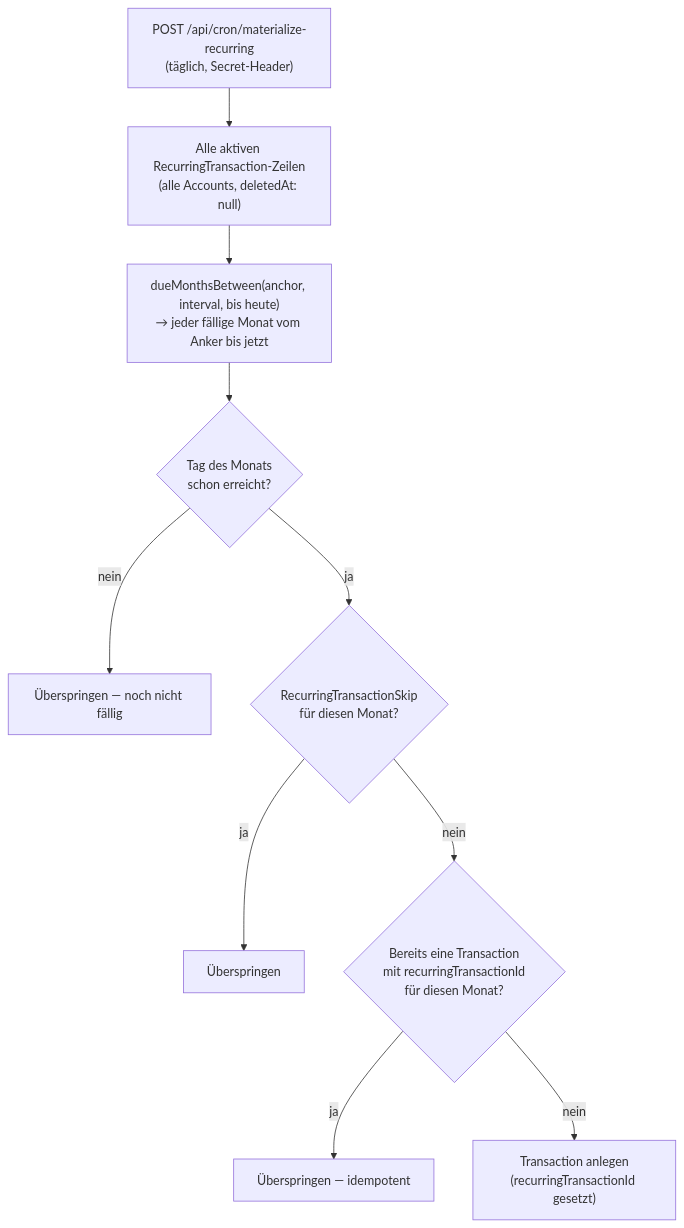
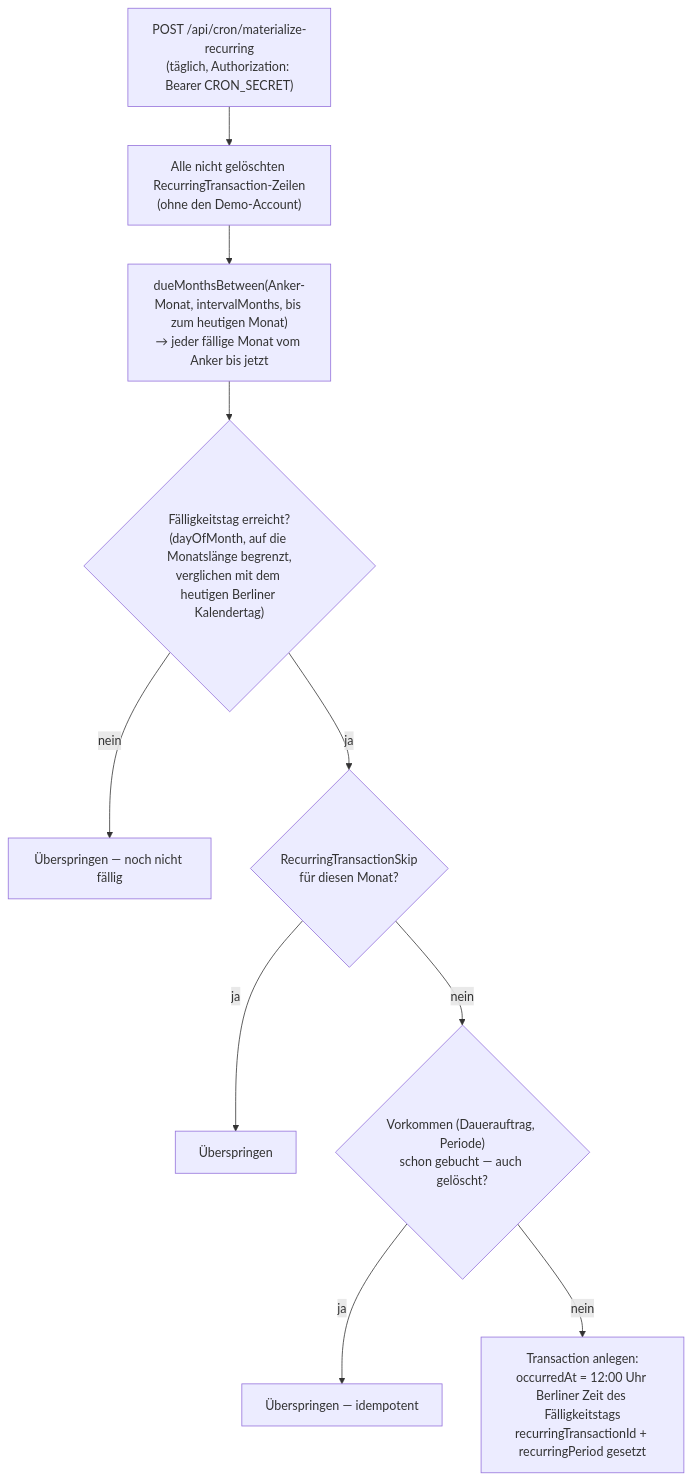
Before and after one commit to konradthiemann/Doewe: the first of 3 diagrams in docs/calculations/03-wiederkehrende-transaktionen.md, drawn with Mermaid. The commit also changed other lines of this file and 9 other files, not shown here.

````diff
--- a/docs/calculations/03-wiederkehrende-transaktionen.md
+++ b/docs/calculations/03-wiederkehrende-transaktionen.md
@@ -21,12 +50,12 @@
 ```mermaid
 flowchart TD
-    CRON["POST /api/cron/materialize-recurring\n(täglich, Secret-Header)"] --> ALL["Alle aktiven RecurringTransaction-Zeilen\n(alle Accounts, deletedAt: null)"]
-    ALL --> DUE["dueMonthsBetween(anchor, interval, bis heute)\n→ jeder fällige Monat vom Anker bis jetzt"]
-    DUE --> DAY{"Tag des Monats\nschon erreicht?"}
+    CRON["POST /api/cron/materialize-recurring\n(täglich, Authorization: Bearer CRON_SECRET)"] --> ALL["Alle nicht gelöschten RecurringTransaction-Zeilen\n(ohne den Demo-Account)"]
+    ALL --> DUE["dueMonthsBetween(Anker-Monat, intervalMonths, bis zum heutigen Monat)\n→ jeder fällige Monat vom Anker bis jetzt"]
+    DUE --> DAY{"Fälligkeitstag erreicht?\n(dayOfMonth, auf die Monatslänge begrenzt,\nverglichen mit dem heutigen Berliner Kalendertag)"}
     DAY -->|nein| SKIP_FUTURE["Überspringen — noch nicht fällig"]
     DAY -->|ja| SKIPPED{"RecurringTransactionSkip\nfür diesen Monat?"}
     SKIPPED -->|ja| SKIP["Überspringen"]
-    SKIPPED -->|nein| BOOKED{"Bereits eine Transaction\nmit recurringTransactionId\nfür diesen Monat?"}
+    SKIPPED -->|nein| BOOKED{"Vorkommen (Dauerauftrag, Periode)\nschon gebucht — auch gelöscht?"}
     BOOKED -->|ja| SKIP2["Überspringen — idempotent"]
-    BOOKED -->|nein| CREATE["Transaction anlegen\n(recurringTransactionId gesetzt)"]
+    BOOKED -->|nein| CREATE["Transaction anlegen:\noccurredAt = 12:00 Uhr Berliner Zeit des Fälligkeitstags\nrecurringTransactionId + recurringPeriod gesetzt"]
 ```
````
